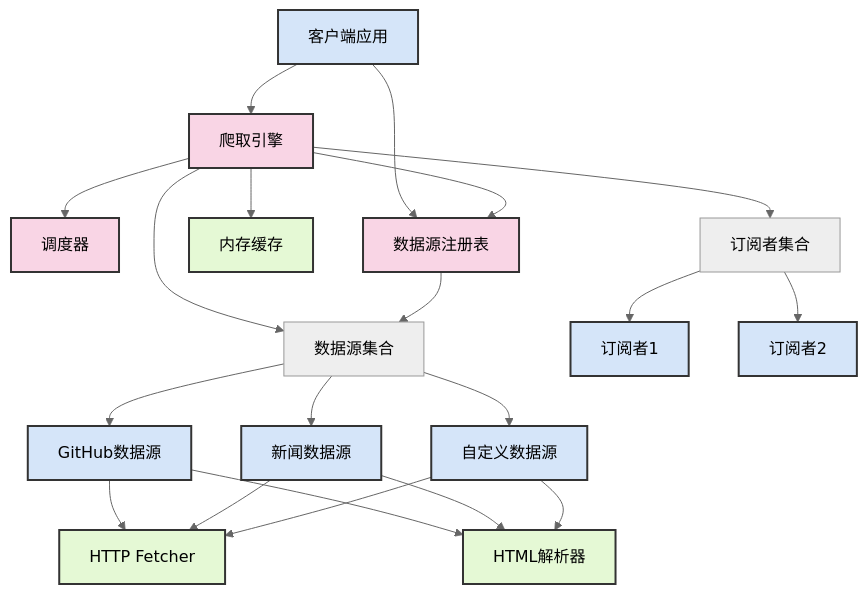
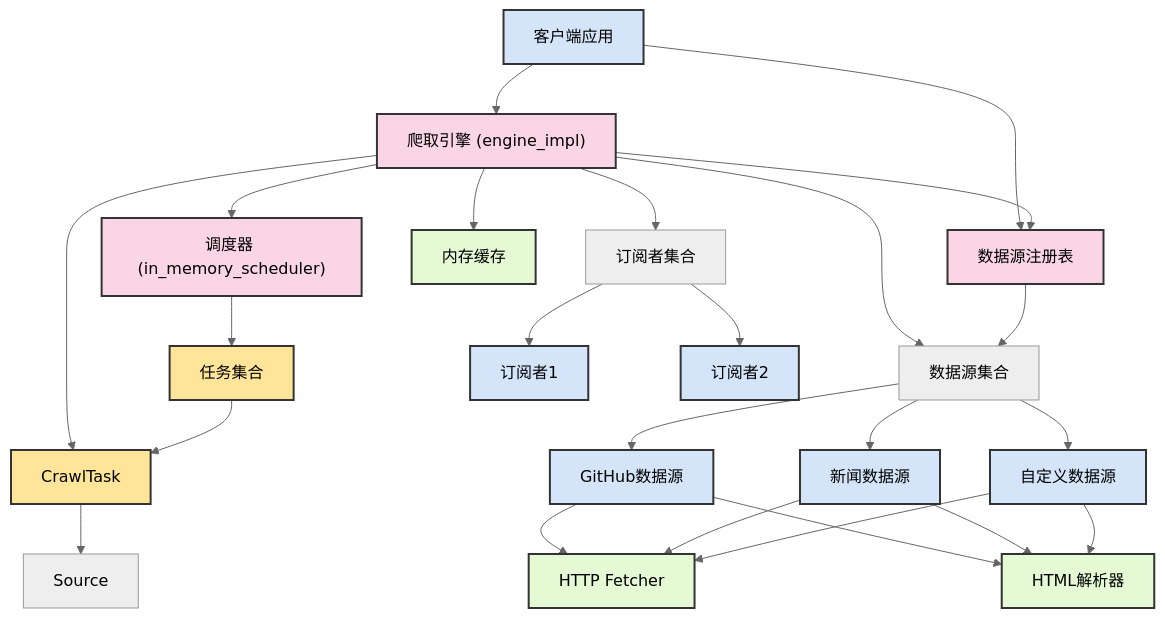
The third of 3 diagrams in crawler/crawler.md (sjzsdu/utils), drawn with Mermaid (neutral theme) before and after one commit. The commit also changed other lines of this file and 5 other files, not shown here.

````diff
--- a/crawler/crawler.md
+++ b/crawler/crawler.md
@@ -239,62 +284,73 @@
 ```mermaid
 flowchart TD
     %% 客户端层
     Client["客户端应用"]
     
     %% 核心引擎层
-    Engine["爬取引擎"]
-    Scheduler["调度器"]
+    Engine["爬取引擎 (engine_impl)"]
+    Scheduler["调度器 (in_memory_scheduler)"]
     SourceRegistry["数据源注册表"]
+    
+    %% 任务层
+    Tasks["任务集合"]
+    CrawlTask["CrawlTask"]
     
     %% 数据源层
     Sources["数据源集合"]
     GitHub["GitHub数据源"]
     News["新闻数据源"]
     Custom["自定义数据源"]
     
     %% 内部服务层
     Fetcher["HTTP Fetcher"]
     Parser["HTML解析器"]
     Cache["内存缓存"]
     
     %% 订阅层
     Subscribers["订阅者集合"]
     Subscriber1["订阅者1"]
     Subscriber2["订阅者2"]
     
     %% 数据流
     Client --> Engine
     Client --> SourceRegistry
     
     Engine --> Scheduler
     Engine --> SourceRegistry
     Engine --> Sources
     Engine --> Cache
     Engine --> Subscribers
+    Engine --> CrawlTask
+    
+    Scheduler --> Tasks
+    Tasks --> CrawlTask
+    CrawlTask --> Source
     
     SourceRegistry --> Sources
     
     Sources --> GitHub
     Sources --> News
     Sources --> Custom
     
     GitHub --> Fetcher
     News --> Fetcher
     Custom --> Fetcher
     
     GitHub --> Parser
     News --> Parser
     Custom --> Parser
     
     Subscribers --> Subscriber1
     Subscribers --> Subscriber2
     
     %% 组件间依赖关系
     classDef core fill:#f9d5e5,stroke:#333,stroke-width:2px
     classDef component fill:#e5f9d5,stroke:#333,stroke-width:2px
+    classDef task fill:#ffe599,stroke:#333,stroke-width:2px
     classDef external fill:#d5e5f9,stroke:#333,stroke-width:2px
     
     class Engine,Scheduler,SourceRegistry core
     class Fetcher,Parser,Cache component
+    class CrawlTask,Tasks task
     class GitHub,News,Custom,Subscriber1,Subscriber2,Client external
 ```
````
